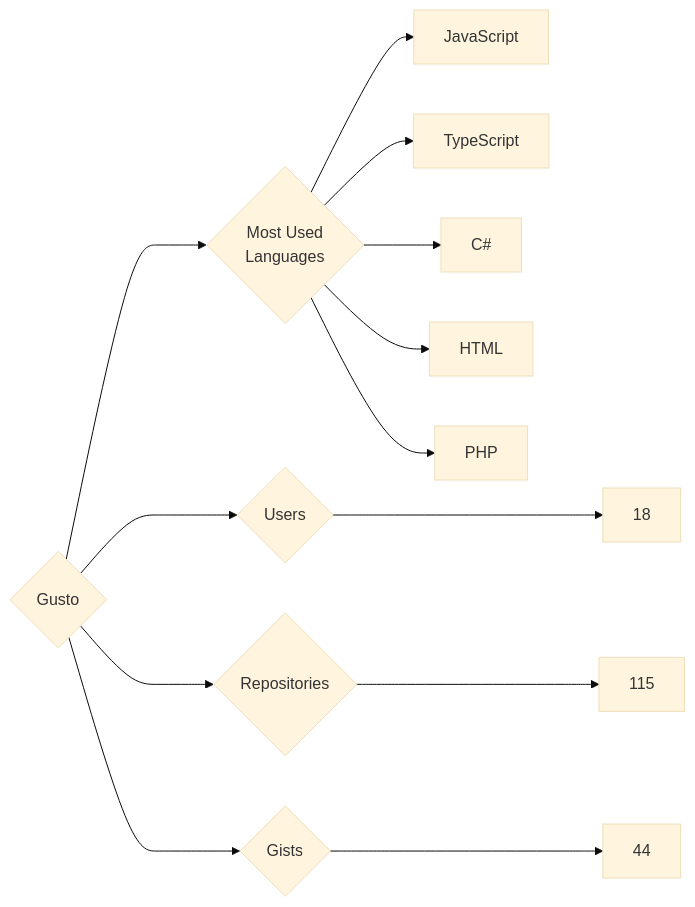
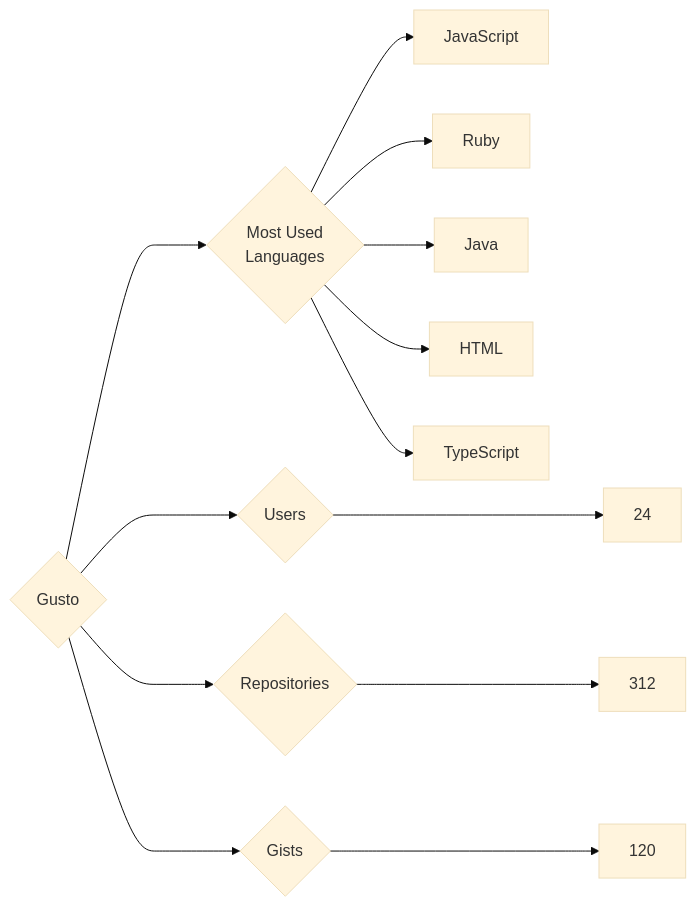
The diagram in targets/Gusto/README.md (trickest/insiders), drawn with Mermaid (base theme) before and after one commit. The commit also changed 965 other files, not shown here.

````diff
--- a/targets/Gusto/README.md
+++ b/targets/Gusto/README.md
@@ -3,13 +3,13 @@
 ```mermaid
 graph LR
 COMPANY_NAME{Gusto}
-COMPANY_NAME ---> U{Users} ---> UN[18]
-COMPANY_NAME ---> R{Repositories} ---> RN[115]
-COMPANY_NAME ---> G{Gists} ---> GN[44]
+COMPANY_NAME ---> U{Users} ---> UN[24]
+COMPANY_NAME ---> R{Repositories} ---> RN[312]
+COMPANY_NAME ---> G{Gists} ---> GN[120]
 COMPANY_NAME ---> ML{Most Used<br>Languages}
 ML --> JavaScript[JavaScript]
+ML --> Ruby[Ruby]
+ML --> Java[Java]
+ML --> HTML[HTML]
 ML --> TypeScript[TypeScript]
-ML --> C#[C#]
-ML --> HTML[HTML]
-ML --> PHP[PHP]
 ```
````
